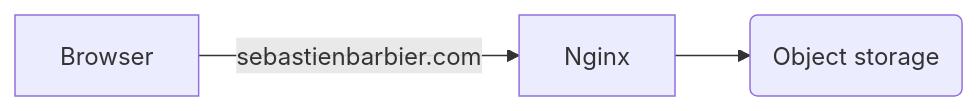
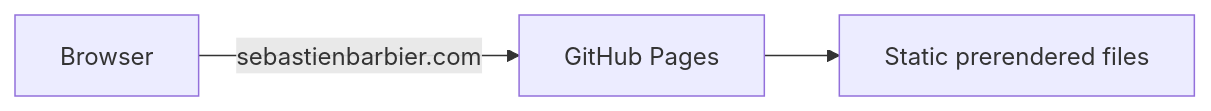
Before and after one commit to sebastienbarbier/sebastienbarbier.com: the diagram in docs/architecture.md, drawn with Mermaid. The commit also changed other lines of this file and 6 other files, not shown here.

````diff
--- a/docs/architecture.md
+++ b/docs/architecture.md
@@ -3,5 +3,5 @@
 ```mermaid
 flowchart LR
-  F[Browser] -->|sebastienbarbier.com| A[Nginx]
-  A --> B(Object storage)
+  F[Browser] -->|sebastienbarbier.com| A[GitHub Pages]
+  A --> B[Static prerendered files]
 ```
````
